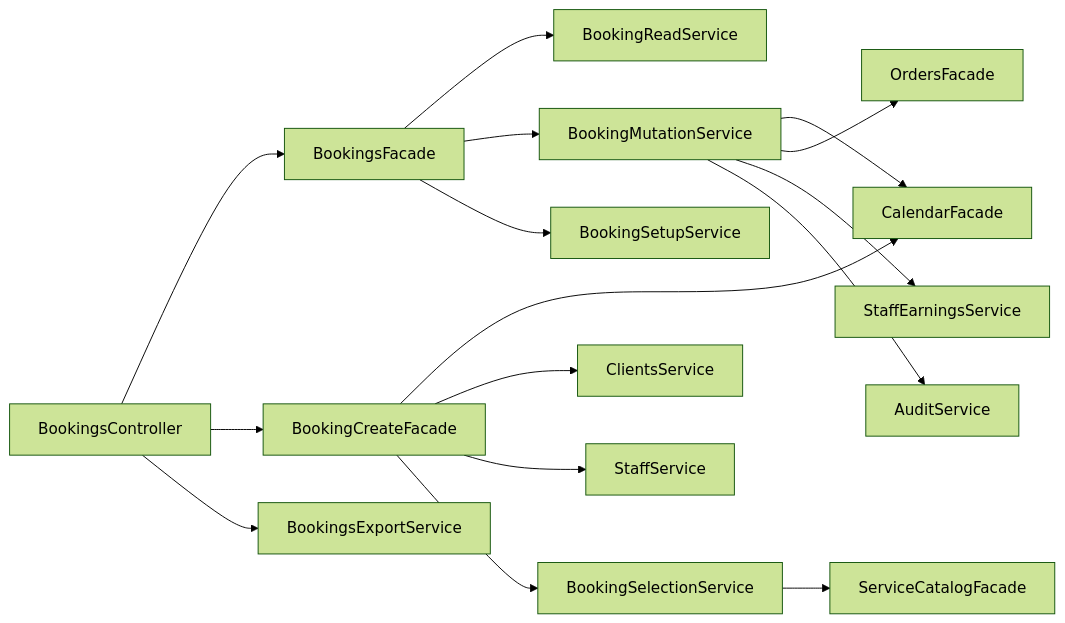
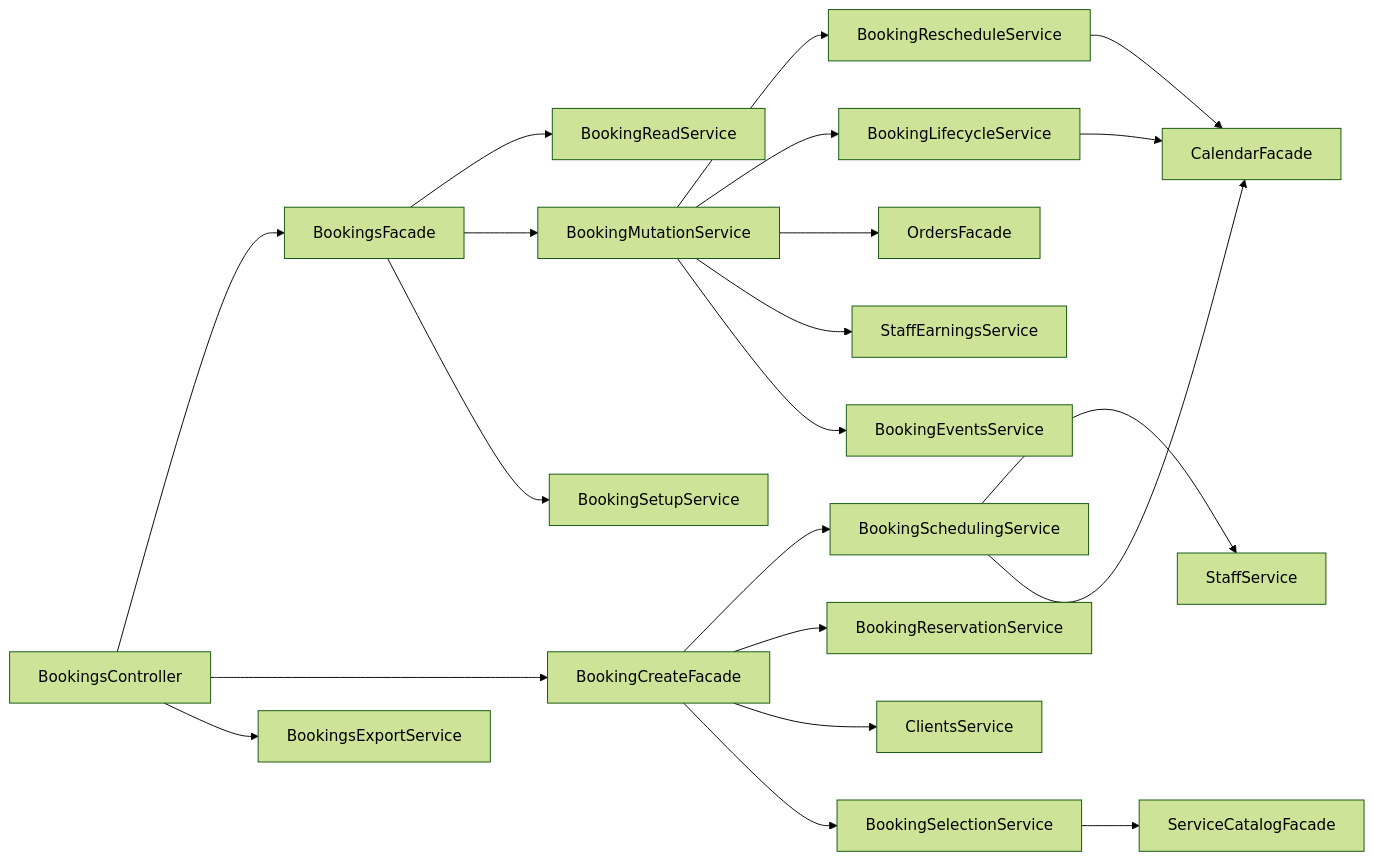
The second of 7 diagrams in docs/architecture/flows.md (pavelnagorsky/crm-core), drawn with Mermaid (forest theme) before and after one commit. The commit also changed other lines of this file and 13 other files, not shown here.

````diff
--- a/docs/architecture/flows.md
+++ b/docs/architecture/flows.md
@@ -35,19 +43,24 @@
 ```mermaid
 flowchart LR
   BookingsController --> BookingsFacade
   BookingsFacade --> BookingReadService
   BookingsFacade --> BookingMutationService
   BookingsFacade --> BookingSetupService
   BookingsController --> BookingCreateFacade
   BookingsController --> BookingsExportService
 
-  BookingMutationService --> CalendarFacade
+  BookingMutationService --> BookingRescheduleService
+  BookingMutationService --> BookingLifecycleService
   BookingMutationService --> OrdersFacade
   BookingMutationService --> StaffEarningsService
-  BookingCreateFacade --> CalendarFacade
+  BookingRescheduleService --> CalendarFacade
+  BookingLifecycleService --> CalendarFacade
+  BookingCreateFacade --> BookingSchedulingService
+  BookingCreateFacade --> BookingReservationService
   BookingCreateFacade --> ClientsService
-  BookingCreateFacade --> StaffService
+  BookingSchedulingService --> StaffService
+  BookingSchedulingService --> CalendarFacade
   BookingCreateFacade --> BookingSelectionService
   BookingSelectionService --> ServiceCatalogFacade
-  BookingMutationService --> AuditService
+  BookingMutationService --> BookingEventsService
 ```
````
